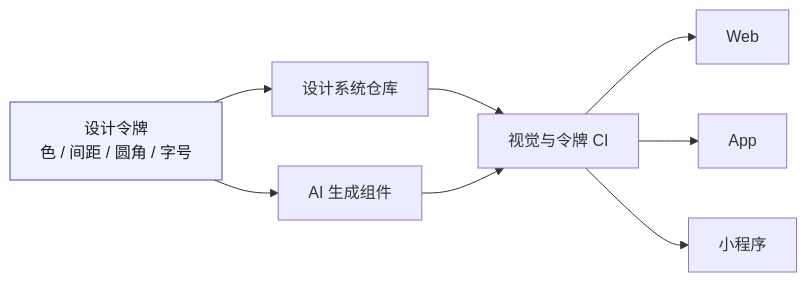
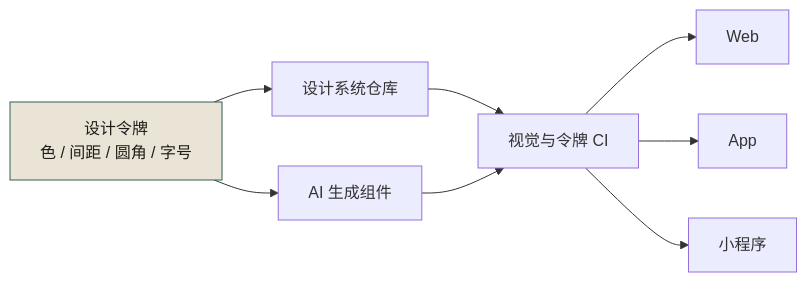
The first of 2 diagrams in docs/manuscript/ch20-第15章-前端解耦多端设计系统.md (funny8kids/AI_Native_Software_Engineering), drawn with Mermaid before and after one commit. The commit also changed other lines of this file and 81 other files, not shown here.

````diff
--- a/docs/manuscript/ch20-第15章-前端解耦多端设计系统.md
+++ b/docs/manuscript/ch20-第15章-前端解耦多端设计系统.md
@@ -6,11 +6,11 @@
 ```mermaid
 flowchart LR
   TOK[设计令牌<br/>色 / 间距 / 圆角 / 字号] --> AI[AI 生成组件]
   TOK --> DS[设计系统仓库]
   DS --> CI[视觉与令牌 CI]
   AI --> CI
   CI --> W[Web]
   CI --> A[App]
   CI --> M[小程序]
-  style TOK fill:#eef2ff,stroke:#4f46e5,color:#1a1d23
+  style TOK fill:#eae4d6,stroke:#2f6154,color:#1e1c19
 ```
````
